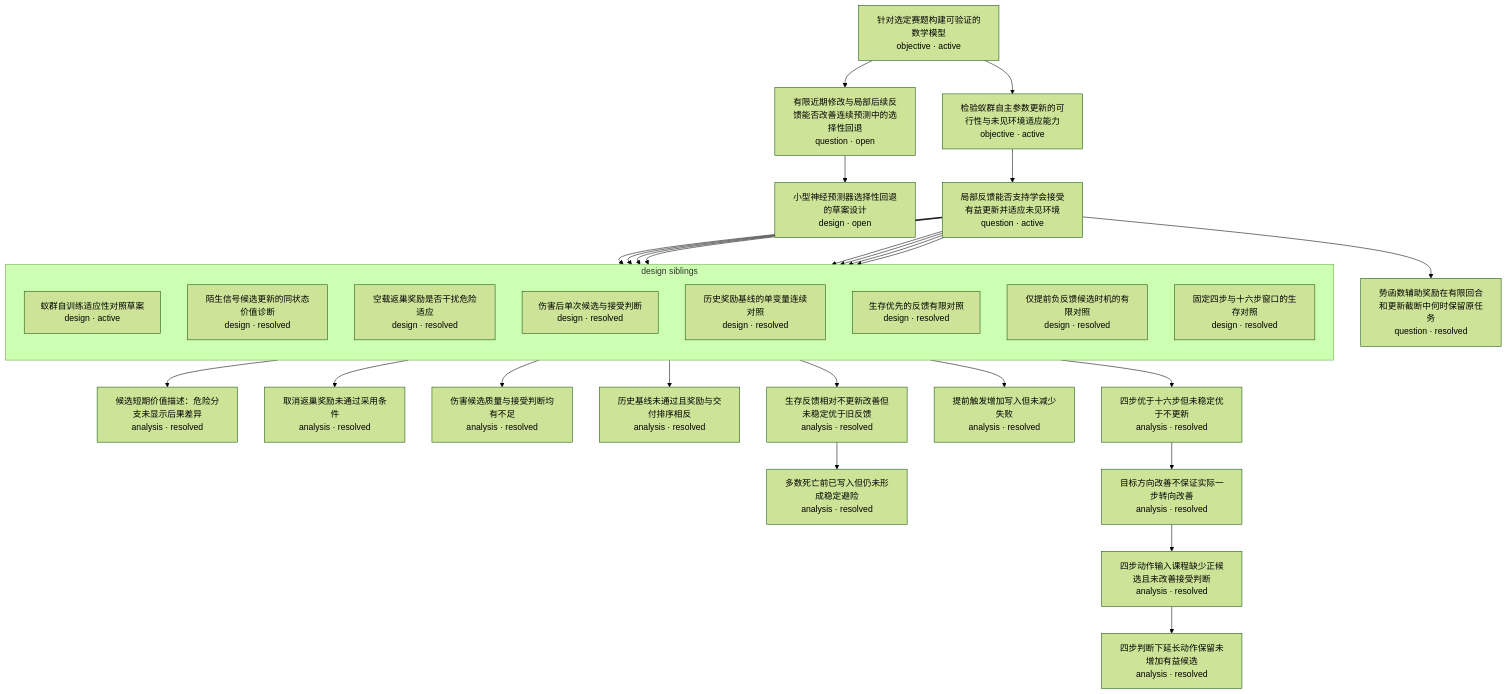
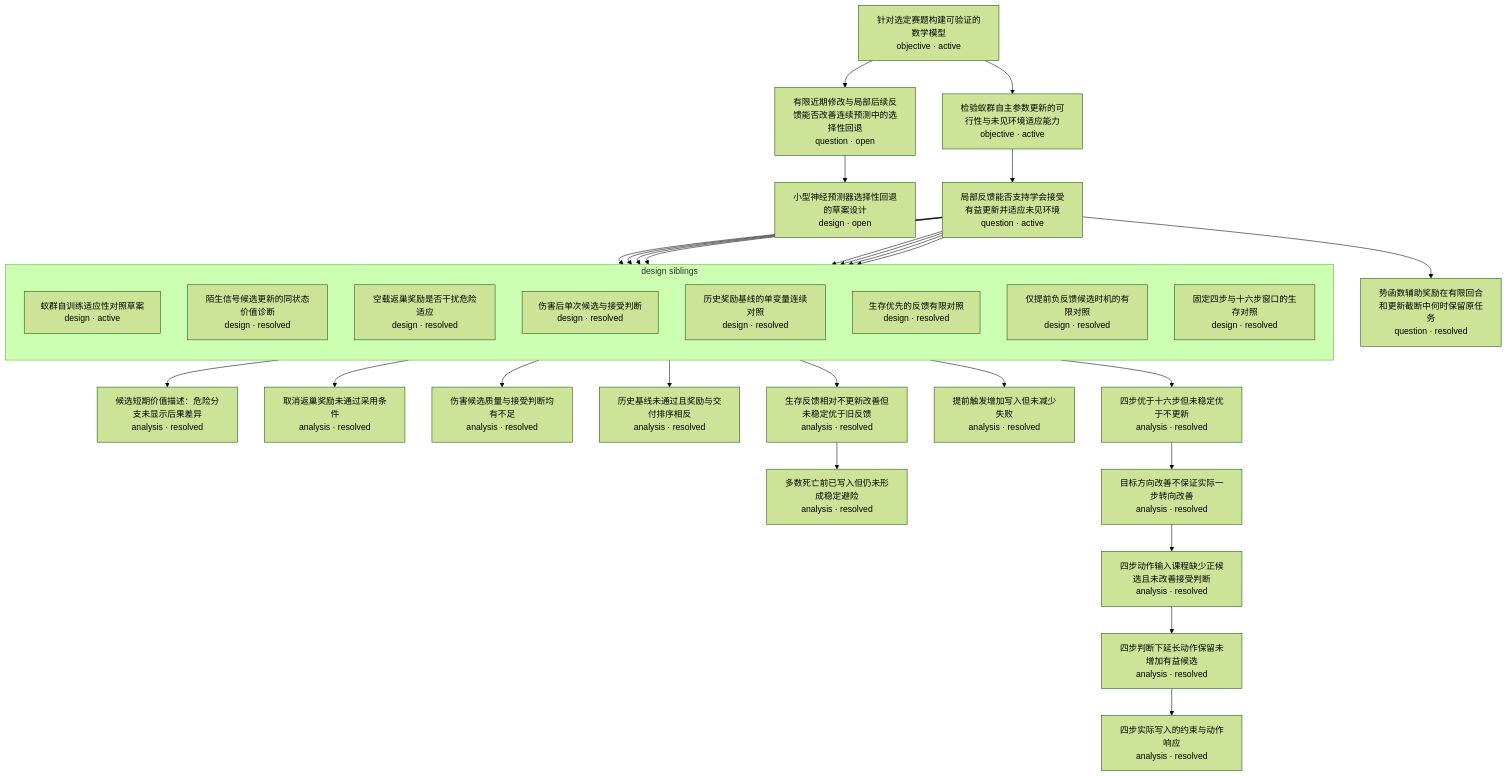
The diagram in research-tree/README.md (Akira-TL/Antomony), drawn with Mermaid (forest theme) before and after one commit. The commit also changed other lines of this file and 3 other files, not shown here.

````diff
--- a/research-tree/README.md
+++ b/research-tree/README.md
@@ -5,55 +5,57 @@
 ```mermaid
 flowchart TD
     N1["针对选定赛题构建可验证的数学模型<br/>objective · active"]
     N2["有限近期修改与局部后续反馈能否改善连续预测中的选择性回退<br/>question · open"]
     N3["小型神经预测器选择性回退的草案设计<br/>design · open"]
     N4["检验蚁群自主参数更新的可行性与未见环境适应能力<br/>objective · active"]
     N5["局部反馈能否支持学会接受有益更新并适应未见环境<br/>question · active"]
     N8["候选短期价值描述：危险分支未显示后果差异<br/>analysis · resolved"]
     N10["取消返巢奖励未通过采用条件<br/>analysis · resolved"]
     N12["伤害候选质量与接受判断均有不足<br/>analysis · resolved"]
     N14["历史基线未通过且奖励与交付排序相反<br/>analysis · resolved"]
     N15["势函数辅助奖励在有限回合和更新截断中何时保留原任务<br/>question · resolved"]
     N17["生存反馈相对不更新改善但未稳定优于旧反馈<br/>analysis · resolved"]
     N18["多数死亡前已写入但仍未形成稳定避险<br/>analysis · resolved"]
     N20["提前触发增加写入但未减少失败<br/>analysis · resolved"]
     N22["四步优于十六步但未稳定优于不更新<br/>analysis · resolved"]
     N23["目标方向改善不保证实际一步转向改善<br/>analysis · resolved"]
     N24["四步动作输入课程缺少正候选且未改善接受判断<br/>analysis · resolved"]
     N25["四步判断下延长动作保留未增加有益候选<br/>analysis · resolved"]
+    N26["四步实际写入的约束与动作响应<br/>analysis · resolved"]
     subgraph G5_design["design siblings"]
         direction TB
         N6["蚁群自训练适应性对照草案<br/>design · active"]
         N7["陌生信号候选更新的同状态价值诊断<br/>design · resolved"]
         N9["空载返巢奖励是否干扰危险适应<br/>design · resolved"]
         N11["伤害后单次候选与接受判断<br/>design · resolved"]
         N13["历史奖励基线的单变量连续对照<br/>design · resolved"]
         N16["生存优先的反馈有限对照<br/>design · resolved"]
         N19["仅提前负反馈候选时机的有限对照<br/>design · resolved"]
         N21["固定四步与十六步窗口的生存对照<br/>design · resolved"]
     end
     N1 --> N2
     N2 --> N3
     N1 --> N4
     N4 --> N5
     N5 --> N6
     N5 --> N7
     N7 --> N8
     N5 --> N9
     N9 --> N10
     N5 --> N11
     N11 --> N12
     N5 --> N13
     N13 --> N14
     N5 --> N15
     N5 --> N16
     N16 --> N17
     N17 --> N18
     N5 --> N19
     N19 --> N20
     N5 --> N21
     N21 --> N22
     N22 --> N23
     N23 --> N24
     N24 --> N25
+    N25 --> N26
 ```
````
